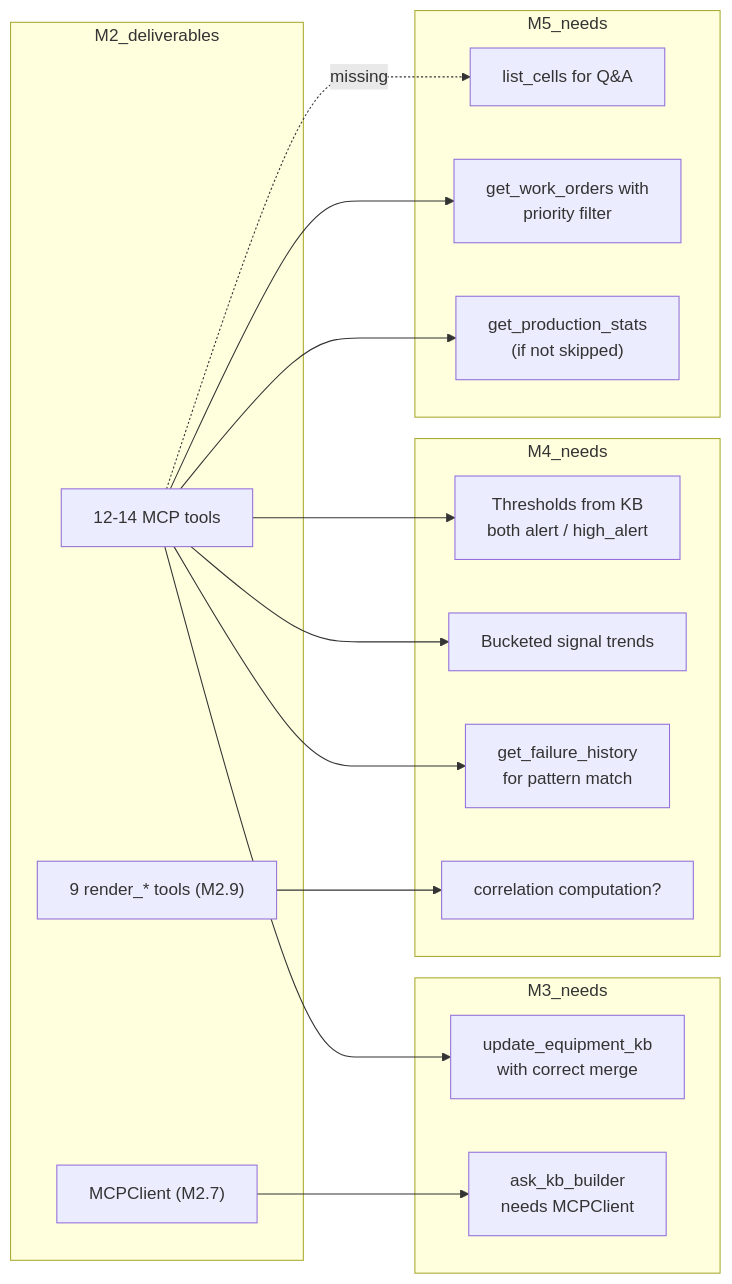
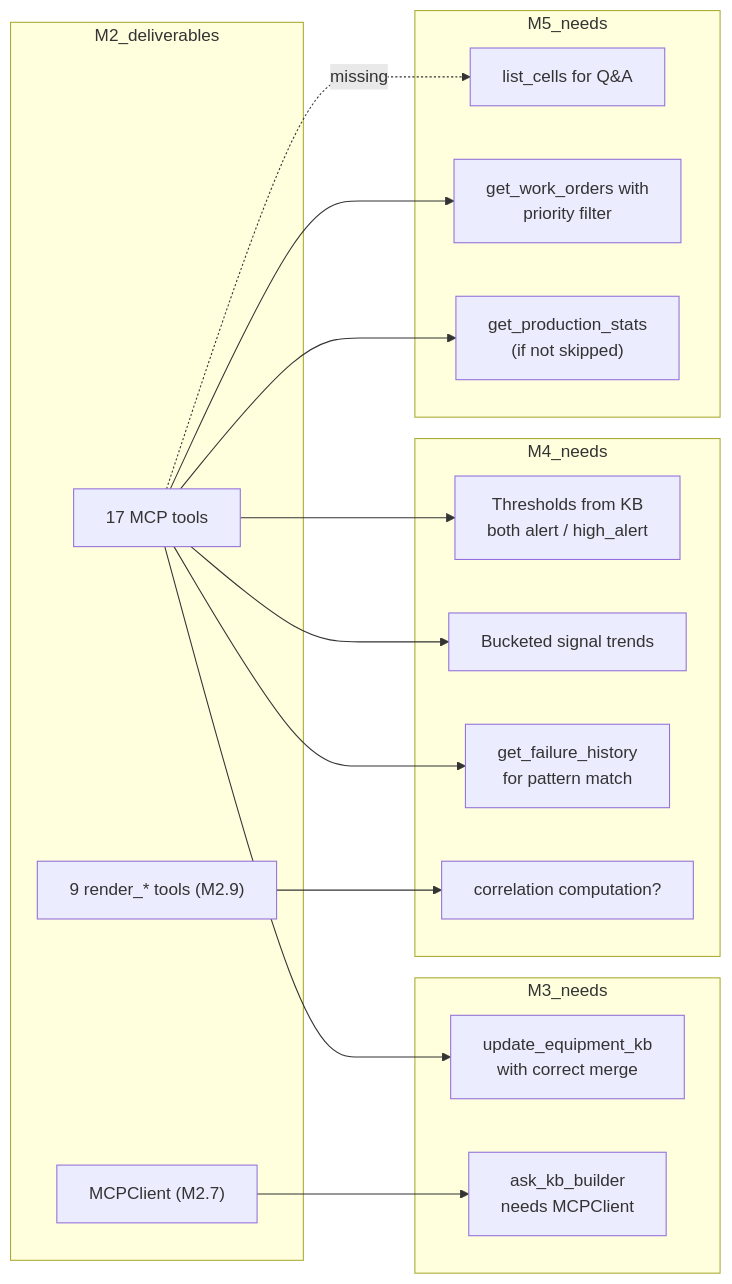
One commit to zestones/Aria changed the second of 2 diagrams in docs/audits/M2-mcp-server-audit.md. Above: the diagram before and after it, drawn with Mermaid. The commit also changed 16 other files, not shown here.

Commit message:
fix: documentation errors bad mcp tools number

````diff
--- a/docs/audits/M2-mcp-server-audit.md
+++ b/docs/audits/M2-mcp-server-audit.md
@@ -272,32 +272,32 @@
 ```mermaid
 flowchart LR
     subgraph M2_deliverables
-        MCP_TOOLS["12-14 MCP tools"]
+        MCP_TOOLS["17 MCP tools"]
         MCP_CLIENT["MCPClient (M2.7)"]
         UI_TOOLS["9 render_* tools (M2.9)"]
     end
     subgraph M3_needs
         KB_UPD["update_equipment_kb<br/>with correct merge"]
         ASK_KB["ask_kb_builder<br/>needs MCPClient"]
     end
     subgraph M4_needs
         THRESH["Thresholds from KB<br/>both alert / high_alert"]
         TRENDS["Bucketed signal trends"]
         FAIL_HIST["get_failure_history<br/>for pattern match"]
         CORR["correlation computation?"]
     end
     subgraph M5_needs
         LIST_CELLS["list_cells for Q&A"]
         WO_TOOLS["get_work_orders with<br/>priority filter"]
         PROD["get_production_stats<br/>(if not skipped)"]
     end
     MCP_TOOLS --> KB_UPD
     MCP_TOOLS --> THRESH
     MCP_TOOLS --> TRENDS
     MCP_TOOLS --> FAIL_HIST
     MCP_CLIENT --> ASK_KB
     UI_TOOLS --> CORR
     MCP_TOOLS -.missing.-> LIST_CELLS
     MCP_TOOLS --> WO_TOOLS
     MCP_TOOLS --> PROD
 ```
````
